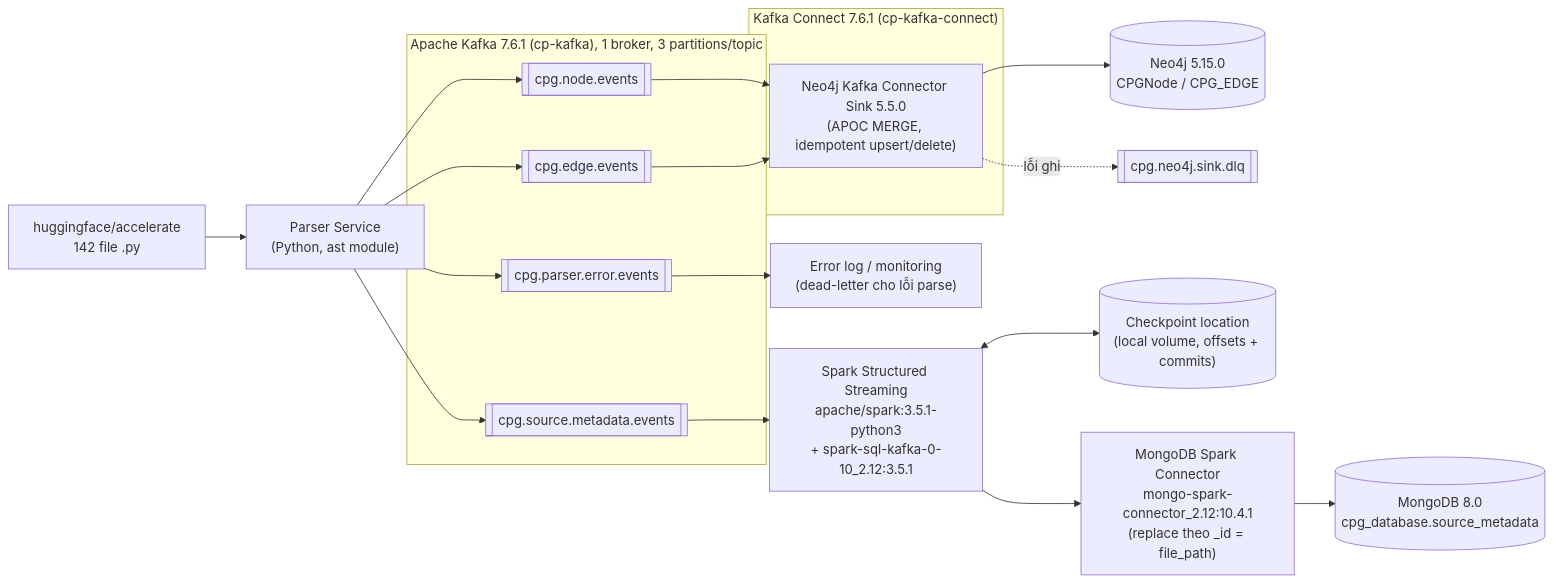
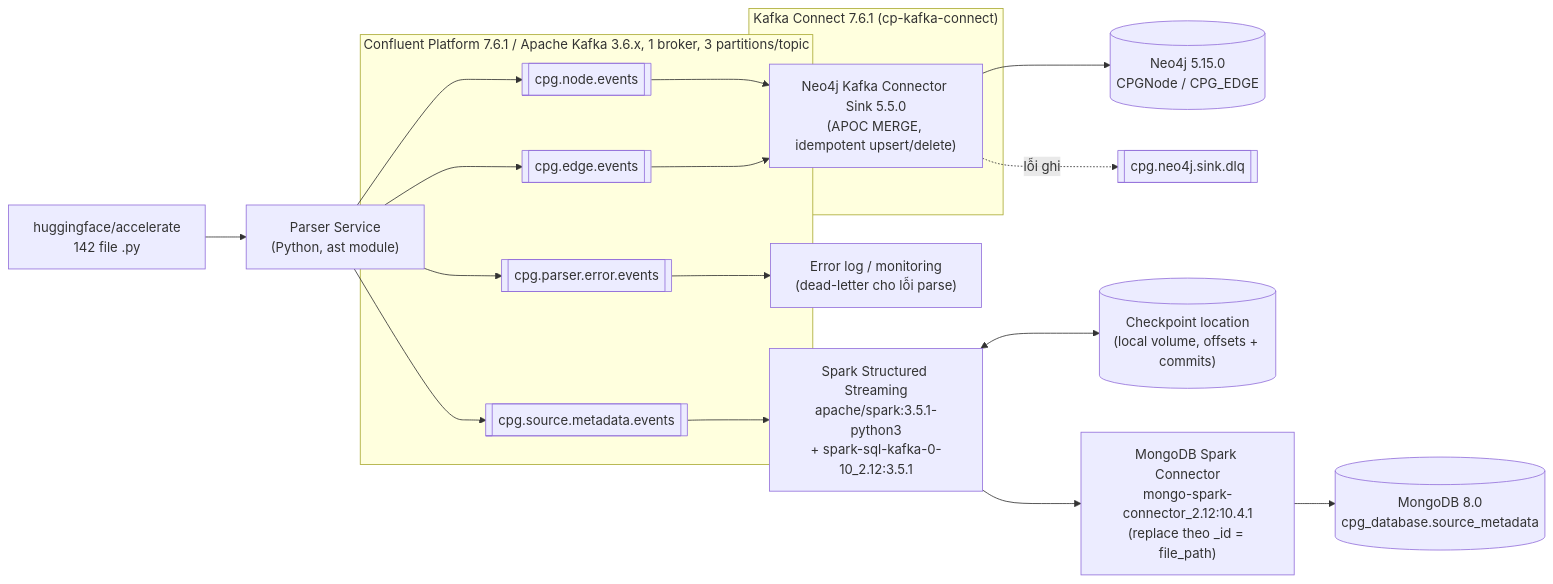
One commit to tuanpham2005hk-sys/-accelerate-cpg-pipeline changed the diagram in docs/architecture.md. Above: the diagram before and after it, drawn with Mermaid. The commit also changed other lines of this file and 2 other files, not shown here.

Commit message:
docs: complete parser and architecture evidence

````diff
--- a/docs/architecture.md
+++ b/docs/architecture.md
@@ -5,32 +5,32 @@
 ```mermaid
 flowchart LR
     SRC["huggingface/accelerate\n142 file .py"] --> PARSER["Parser Service\n(Python, ast module)"]
 
-    subgraph KAFKA_CLUSTER["Apache Kafka 7.6.1 (cp-kafka), 1 broker, 3 partitions/topic"]
+    subgraph KAFKA_CLUSTER["Confluent Platform 7.6.1 / Apache Kafka 3.6.x, 1 broker, 3 partitions/topic"]
         NODE[["cpg.node.events"]]
         EDGE[["cpg.edge.events"]]
         META[["cpg.source.metadata.events"]]
         ERR[["cpg.parser.error.events"]]
     end
 
     PARSER --> NODE
     PARSER --> EDGE
     PARSER --> META
     PARSER --> ERR
 
     subgraph SINK["Kafka Connect 7.6.1 (cp-kafka-connect)"]
         NEO4JC["Neo4j Kafka Connector Sink 5.5.0\n(APOC MERGE, idempotent upsert/delete)"]
     end
 
     NODE --> NEO4JC
     EDGE --> NEO4JC
     NEO4JC --> NEO4J[("Neo4j 5.15.0\nCPGNode / CPG_EDGE")]
     NEO4JC -.lỗi ghi.-> DLQ[["cpg.neo4j.sink.dlq"]]
 
     META --> SPARKJOB["Spark Structured Streaming\napache/spark:3.5.1-python3\n+ spark-sql-kafka-0-10_2.12:3.5.1"]
     SPARKJOB <--> CKPT[("Checkpoint location\n(local volume, offsets + commits)")]
     SPARKJOB --> MONGOC["MongoDB Spark Connector\nmongo-spark-connector_2.12:10.4.1\n(replace theo _id = file_path)"]
     MONGOC --> MONGO[("MongoDB 8.0\ncpg_database.source_metadata")]
 
     ERR --> ERRLOG["Error log / monitoring\n(dead-letter cho lỗi parse)"]
 ```
````
